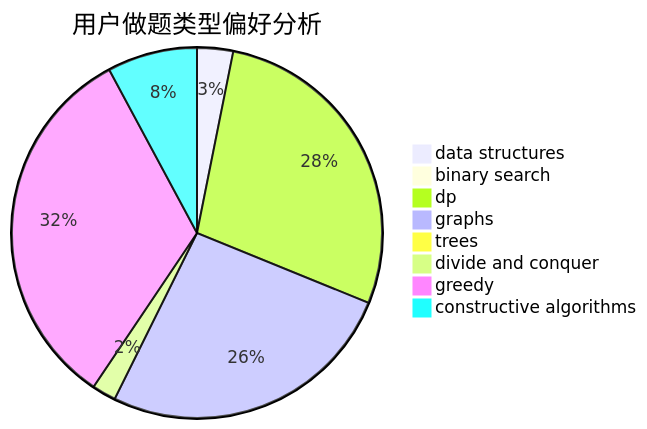
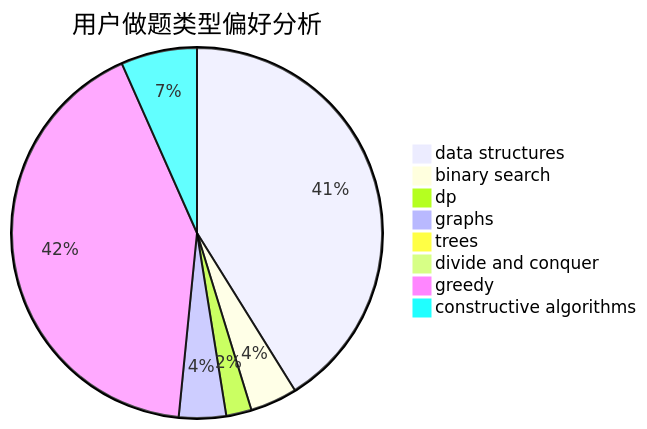
The second of 3 diagrams in docs/user/u1062.md (sherpahu/cfrs.github.io), drawn with Mermaid before and after one commit. The commit also changed other lines of this file and 2770 other files, not shown here.

````diff
--- a/docs/user/u1062.md
+++ b/docs/user/u1062.md
@@ -23,11 +23,11 @@
 ```mermaid
 pie title 用户做题类型偏好分析
-    "data structures" :  12
-    "binary search" :  3
-    "dp" :  107
-    "graphs" :  100
-    "trees" :  3
-    "divide and conquer" :  8
-    "greedy" :  125
-    "constructive algorithms" :  30
+    "data structures" :  130
+    "binary search" :  13
+    "dp" :  7
+    "graphs" :  13
+    "trees" :  0
+    "divide and conquer" :  0
+    "greedy" :  132
+    "constructive algorithms" :  21
 ```
````
